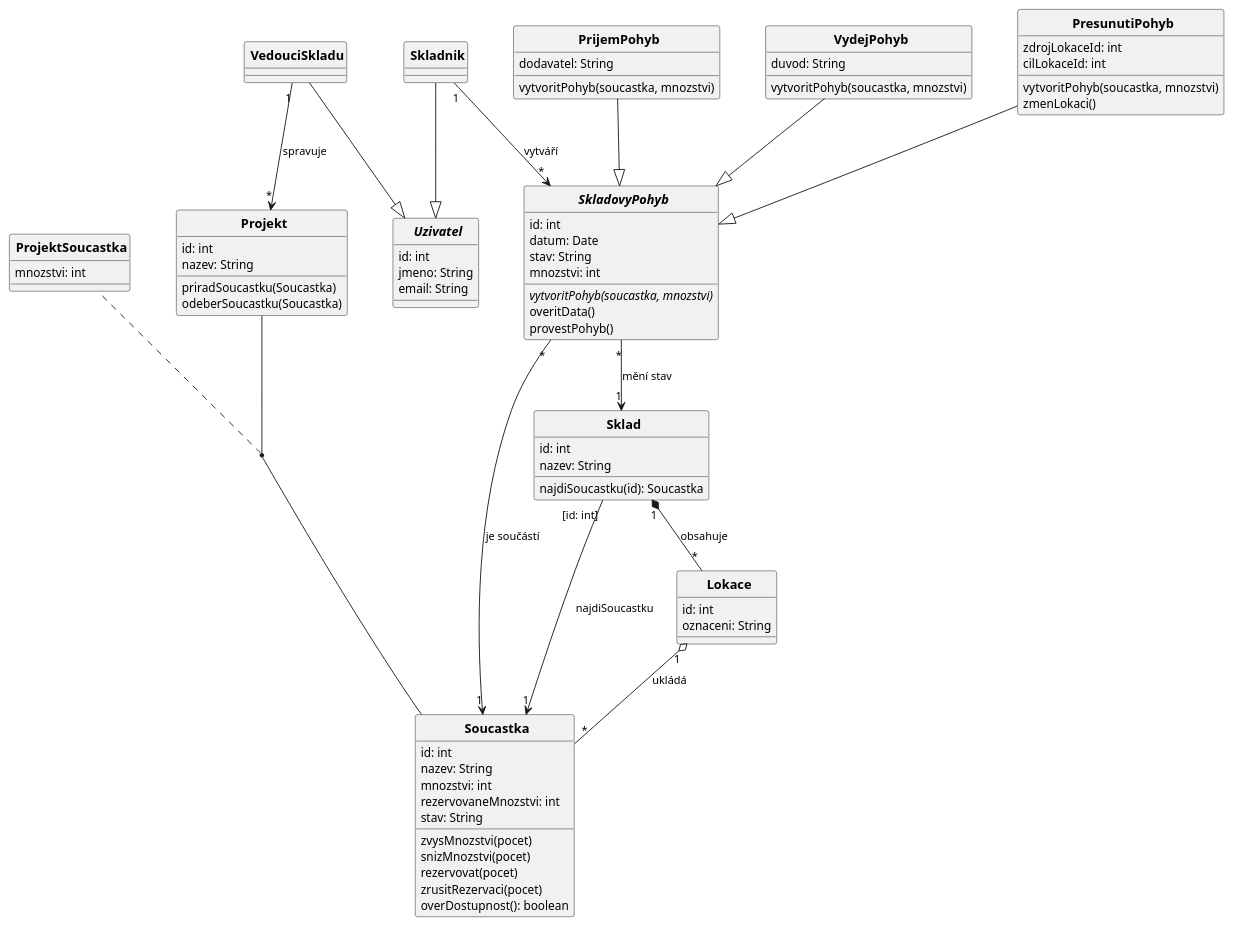
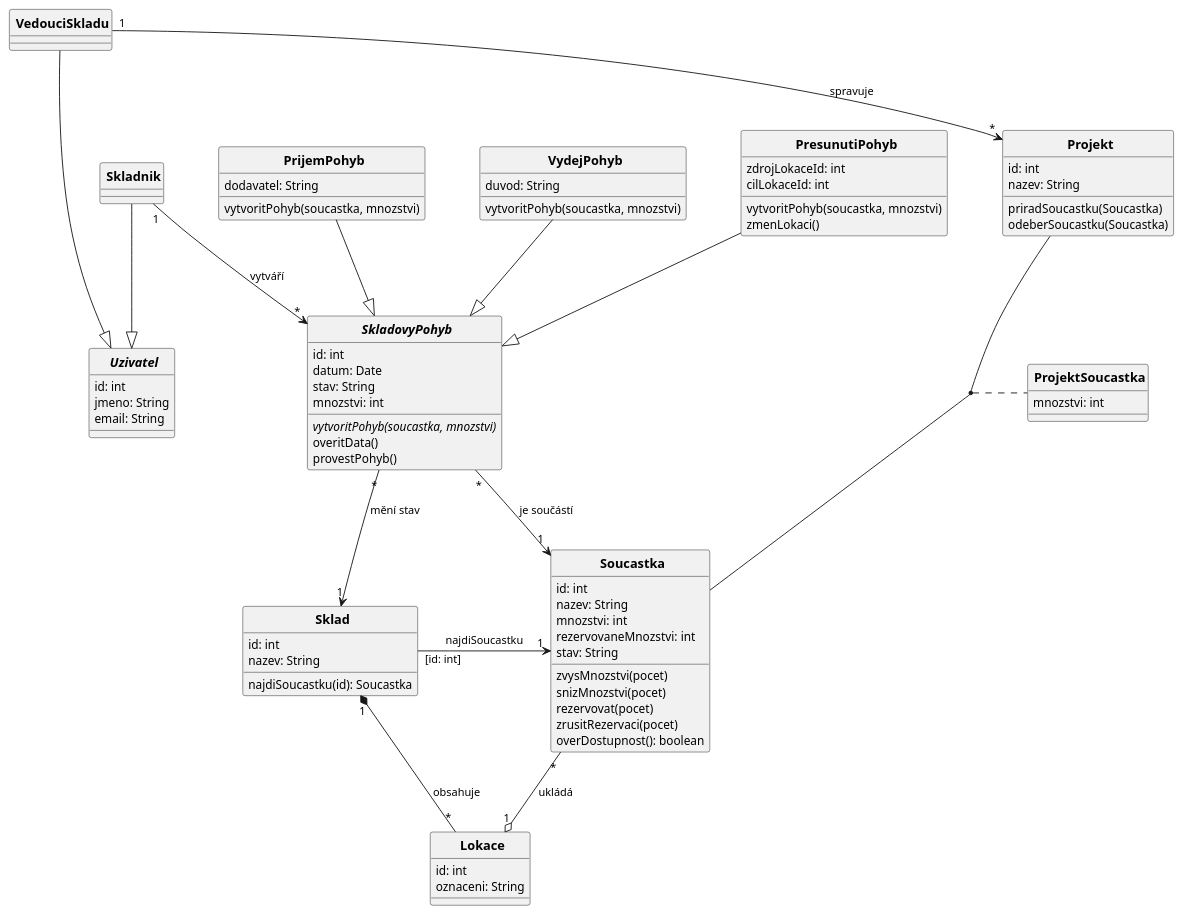
Before and after one commit to lkvapil/kOdevzdaniProjektWMS: the diagram in diagrams/02_class_diagram.puml, drawn with PlantUML. The commit also changed 11 other files, not shown here.

Commit message:
feat: class diagram v3 layout, use case vycisten

```diff
--- a/diagrams/02_class_diagram.puml
+++ b/diagrams/02_class_diagram.puml
@@ -1,113 +1,116 @@
 @startuml
 top to bottom direction
 skinparam CircledCharacterRadius 0
 skinparam CircledCharacterFontSize 0
 skinparam defaultFontSize 13
 skinparam classFontSize 14
 skinparam classFontStyle bold
 skinparam ArrowFontSize 12
-skinparam nodesep 50
-skinparam ranksep 60
+skinparam nodesep 60
+skinparam ranksep 70
 
 abstract class Uzivatel {
   id: int
   jmeno: String
   email: String
 }
 
 class Skladnik {
 }
 
 class VedouciSkladu {
 }
 
 class PrijemPohyb {
   dodavatel: String
   vytvoritPohyb(soucastka, mnozstvi)
 }
 
 class VydejPohyb {
   duvod: String
   vytvoritPohyb(soucastka, mnozstvi)
 }
 
 class PresunutiPohyb {
   zdrojLokaceId: int
   cilLokaceId: int
   vytvoritPohyb(soucastka, mnozstvi)
   zmenLokaci()
 }
 
 abstract class SkladovyPohyb {
   id: int
   datum: Date
   stav: String
   mnozstvi: int
   {abstract} vytvoritPohyb(soucastka, mnozstvi)
   overitData()
   provestPohyb()
 }
 
 class Projekt {
   id: int
   nazev: String
   priradSoucastku(Soucastka)
   odeberSoucastku(Soucastka)
 }
 
 class ProjektSoucastka {
   mnozstvi: int
 }
 
 class Sklad {
   id: int
   nazev: String
   najdiSoucastku(id): Soucastka
 }
 
 class Lokace {
   id: int
   oznaceni: String
 }
 
 class Soucastka {
   id: int
   nazev: String
   mnozstvi: int
   rezervovaneMnozstvi: int
   stav: String
   zvysMnozstvi(pocet)
   snizMnozstvi(pocet)
   rezervovat(pocet)
   zrusitRezervaci(pocet)
   overDostupnost(): boolean
 }
 
 ' ── Generalizace ──────────────────────────────────────────────────────────────
 PrijemPohyb    --|> SkladovyPohyb
 VydejPohyb     --|> SkladovyPohyb
 PresunutiPohyb --|> SkladovyPohyb
 Skladnik       --|> Uzivatel
 VedouciSkladu  --|> Uzivatel
 
 ' ── Atribut spojení ───────────────────────────────────────────────────────────
 (Projekt, Soucastka) .. ProjektSoucastka
-Projekt -[hidden]left- ProjektSoucastka
+Projekt -[hidden]right- ProjektSoucastka
 
 ' ── Kvalifikovaná vazba ───────────────────────────────────────────────────────
 Sklad "[id: int]" --> "1" Soucastka : najdiSoucastku
 
 ' ── Asociace ──────────────────────────────────────────────────────────────────
 SkladovyPohyb "*" --> "1" Soucastka     : je součástí
 Sklad         "1" *-- "*" Lokace        : obsahuje
 Lokace        "1" o-- "*" Soucastka     : ukládá
 SkladovyPohyb "*" --> "1" Sklad         : mění stav
 Skladnik      "1" --> "*" SkladovyPohyb : vytváří
 VedouciSkladu "1" --> "*" Projekt       : spravuje
 
 ' ── Layout ────────────────────────────────────────────────────────────────────
-Skladnik    -[hidden]right- PrijemPohyb
-PrijemPohyb -[hidden]right- VydejPohyb
-VydejPohyb  -[hidden]right- PresunutiPohyb
+Uzivatel      -[hidden]right- SkladovyPohyb
+SkladovyPohyb -[hidden]right- Soucastka
+Soucastka     -[hidden]right- Sklad
+Skladnik      -[hidden]right- PrijemPohyb
+PrijemPohyb   -[hidden]right- VydejPohyb
+VydejPohyb    -[hidden]right- PresunutiPohyb
 
 @enduml
```
